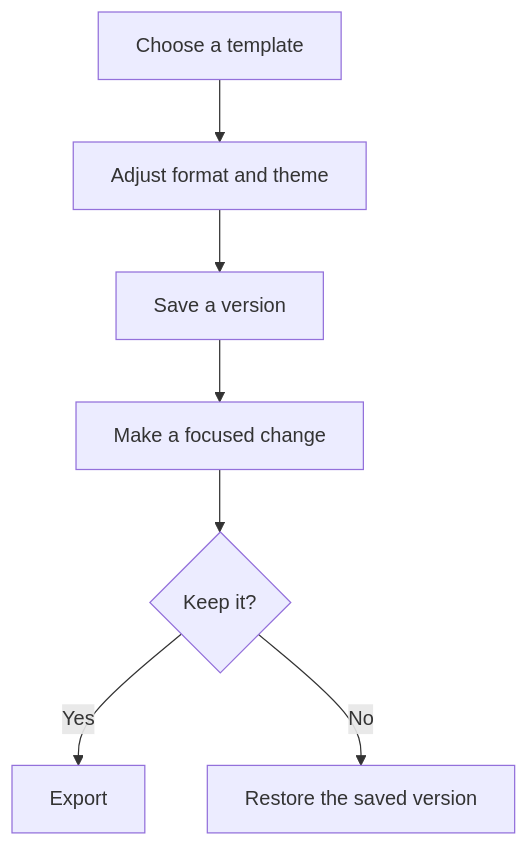
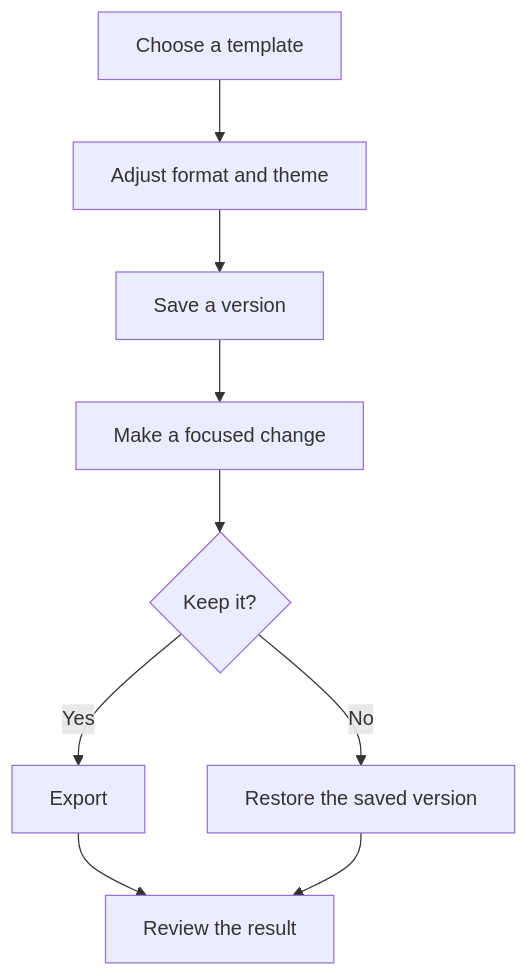
The diagram in docs/walkthroughs/canvas.md (DeepMyst/Mysti), drawn with Mermaid before and after one commit. The commit also changed 5 other files, not shown here.

Commit message:
fix: pin supported browser runner and polish mobile diagrams

````diff
--- a/docs/walkthroughs/canvas.md
+++ b/docs/walkthroughs/canvas.md
@@ -74,9 +74,11 @@
 ```mermaid
 flowchart TB
   A[Choose a template] --> B[Adjust format and theme]
   B --> C[Save a version]
   C --> D[Make a focused change]
   D --> E{Keep it?}
   E -->|Yes| F[Export]
   E -->|No| G[Restore the saved version]
+  F --> H[Review the result]
+  G --> H
 ```
````
